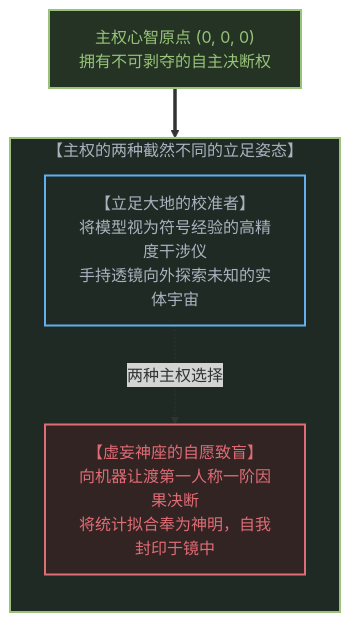
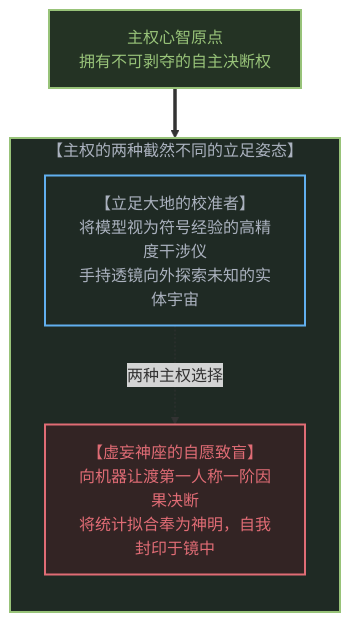
Before and after one commit to powerpig99/not-a-toe: the third of 10 diagrams in content/posts/the-sovereign-blinding.md, drawn with Mermaid. The commit also changed other lines of this file and 15 other files, not shown here.

````diff
--- a/content/posts/the-sovereign-blinding.md
+++ b/content/posts/the-sovereign-blinding.md
@@ -93,19 +93,19 @@
 ```mermaid
 graph TD
-    OriginMind["主权心智原点 (0, 0, 0)<br>拥有不可剥夺的自主决断权"]
+    OriginMind["主权心智原点<br>拥有不可剥夺的自主决断权"]
     
     subgraph Divergence["【主权的两种截然不同的立足姿态】"]
         direction TB
         PathCalibration["【立足大地的校准者】<br>将模型视为符号经验的高精度干涉仪<br>手持透镜向外探索未知的实体宇宙"]
         PathBlinding["【虚妄神座的自愿致盲】<br>向机器让渡第一人称一阶因果决断<br>将统计拟合奉为神明，自我封印于镜中"]
 
         PathCalibration -.->|"两种主权选择"| PathBlinding
     end
 
     OriginMind ==> Divergence
 
     style Divergence fill:#1f2a24,stroke:#98c379,stroke-width:2px,color:#abb2bf
     style OriginMind fill:#243324,stroke:#98c379,stroke-width:2px,color:#98c379
     style PathCalibration fill:#1f2a24,stroke:#61afef,stroke-width:2px,color:#abb2bf
     style PathBlinding fill:#332424,stroke:#e06c75,stroke-width:2px,color:#e06c75
 ```
````
